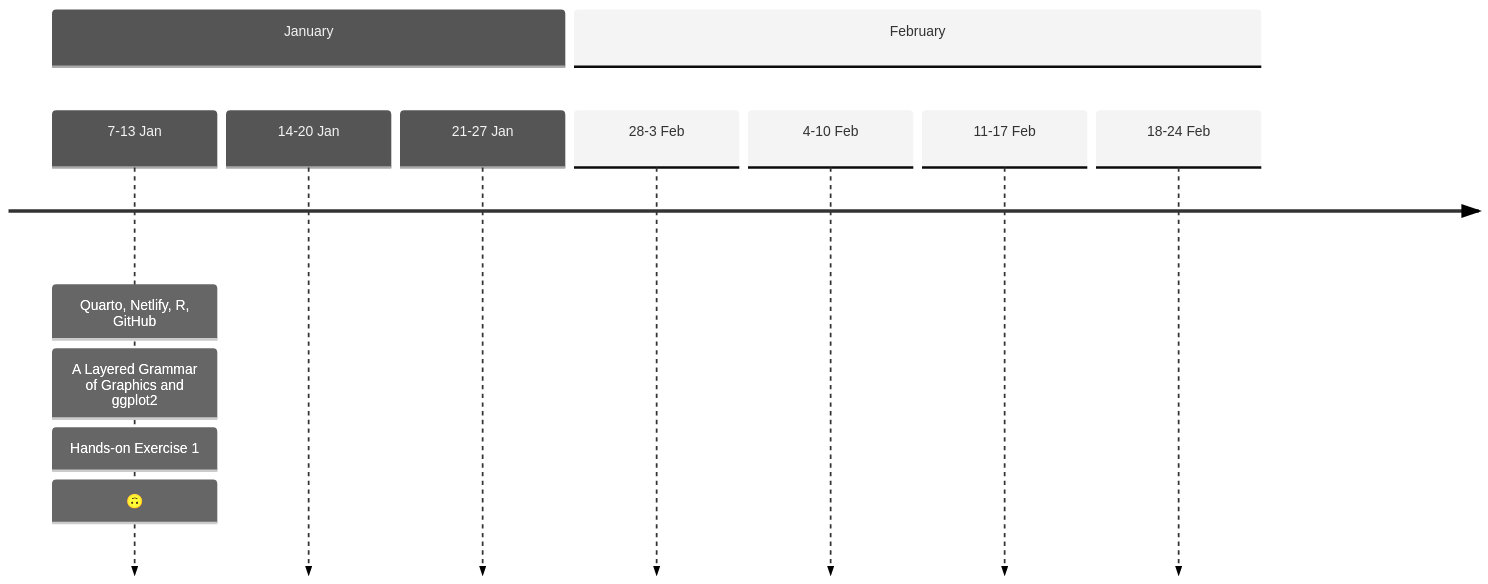
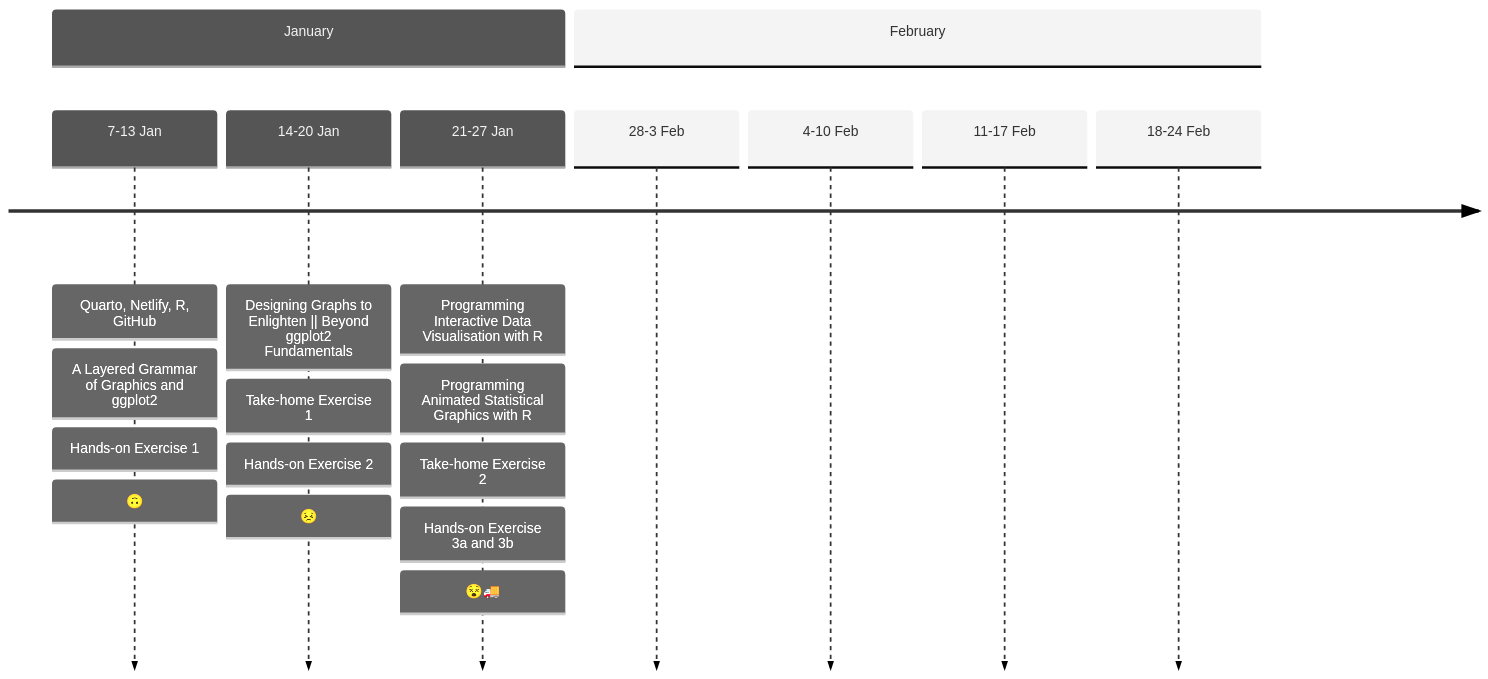
The first of 2 diagrams in about.qmd (victorianeo/ISS608-VAA), drawn with Mermaid (neutral theme) before and after one commit. The commit also changed 6 other files, not shown here.

````diff
--- a/about.qmd
+++ b/about.qmd
@@ -22,15 +22,22 @@
 ```{mermaid}
 timeline         
   section January           
     7-13 Jan : Quarto, Netlify, R, GitHub                   
               : A Layered Grammar of Graphics and ggplot2                   
               : Hands-on Exercise 1                   
               : 🙃          
-    14-20 Jan            
-    21-27 Jan          
+    14-20 Jan : Designing Graphs to Enlighten || Beyond ggplot2 Fundamentals                
+              : Take-home Exercise 1      
+              : Hands-on Exercise 2      
+              : 😣           
+    21-27 Jan : Programming Interactive Data Visualisation with R
+              : Programming Animated Statistical Graphics with R
+              : Take-home Exercise 2      
+              : Hands-on Exercise 3a and 3b      
+              : 😵🚚          
   section February           
     28-3 Feb             
     4-10 Feb           
     11-17 Feb           
     18-24 Feb                       
 ```
````
